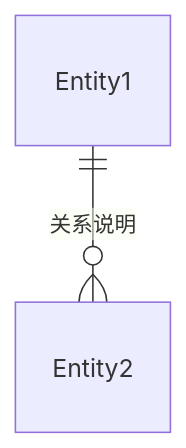
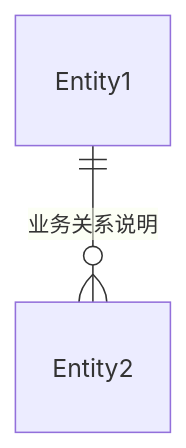
One commit to OrderlyNetwork/formula-playground changed the diagram in .specflow/templates/req-tpl.md. Above: the diagram before and after it, drawn with Mermaid. The commit also changed other lines of this file and 18 other files, not shown here.

````diff
--- a/.specflow/templates/req-tpl.md
+++ b/.specflow/templates/req-tpl.md
@@ -192,4 +229,4 @@
 ```mermaid
 erDiagram
-    Entity1 ||--o{ Entity2 : "关系说明"
+    Entity1 ||--o{ Entity2 : "业务关系说明"
 ```
````
